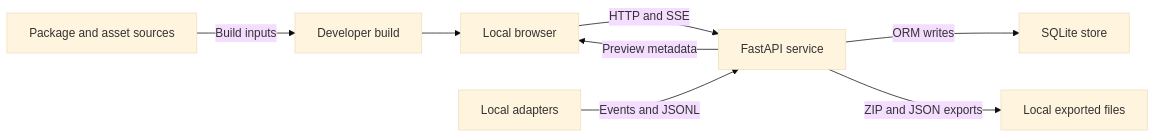
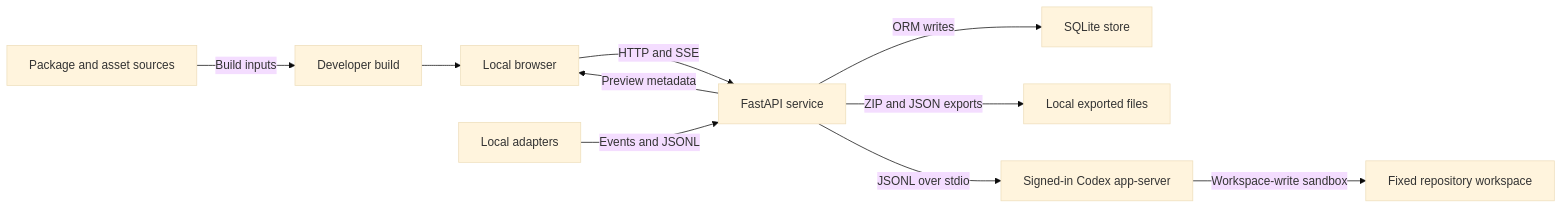
The diagram in docs/security/threat-model.md (Paureel/evolastra), drawn with Mermaid (base theme) before and after one commit. The commit also changed other lines of this file and 28 other files, not shown here.

Commit message:
feat: launch Codex missions from shipyard

````diff
--- a/docs/security/threat-model.md
+++ b/docs/security/threat-model.md
@@ -58,13 +60,15 @@
 ```mermaid
 flowchart LR
     accTitle: Evolastra Trust Boundaries
-    accDescr: Local browsers and adapters communicate with the loopback companion, which writes local storage and exports, while external package sources are confined to the developer build path.
+    accDescr: Local browsers and adapters communicate with the loopback companion, which writes local storage and dispatches bounded missions to signed-in Codex over stdio, while external package sources are confined to the developer build path.
 
     browser["Local browser"] -->|HTTP and SSE| companion["FastAPI service"]
     adapters["Local adapters"] -->|Events and JSONL| companion
     companion -->|ORM writes| database["SQLite store"]
     companion -->|Preview metadata| browser
     companion -->|ZIP and JSON exports| exports["Local exported files"]
+    companion -->|JSONL over stdio| codex["Signed-in Codex app-server"]
+    codex -->|Workspace-write sandbox| workspace["Fixed repository workspace"]
     sources["Package and asset sources"] -->|Build inputs| build["Developer build"]
     build --> browser
 ```
````
